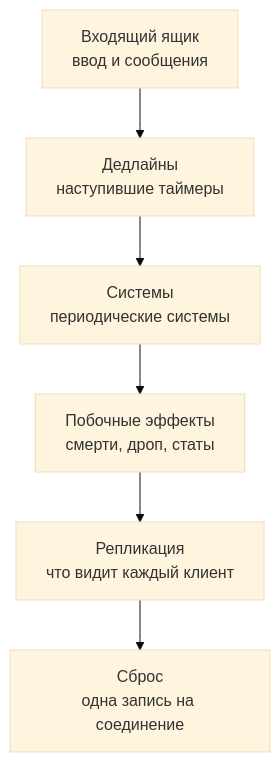
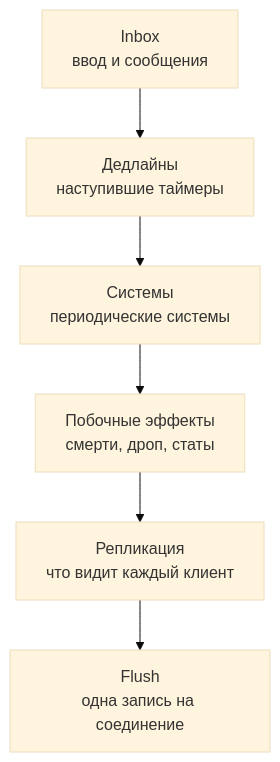
Before and after one commit to l2nx/nx-dev-web: the diagram in src/content/docs/ru/core/zero-tick-engine.md, drawn with Mermaid (base theme). The commit also changed other lines of this file and 7 other files, not shown here.

````diff
--- a/src/content/docs/ru/core/zero-tick-engine.md
+++ b/src/content/docs/ru/core/zero-tick-engine.md
@@ -94,8 +94,8 @@
 ```mermaid
 flowchart TB
-  I[Входящий ящик<br/>ввод и сообщения] --> D[Дедлайны<br/>наступившие таймеры]
+  I[Inbox<br/>ввод и сообщения] --> D[Дедлайны<br/>наступившие таймеры]
   D --> S[Системы<br/>периодические системы]
   S --> E[Побочные эффекты<br/>смерти, дроп, статы]
   E --> R[Репликация<br/>что видит каждый клиент]
-  R --> F[Сброс<br/>одна запись на соединение]
+  R --> F[Flush<br/>одна запись на соединение]
 ```
````
